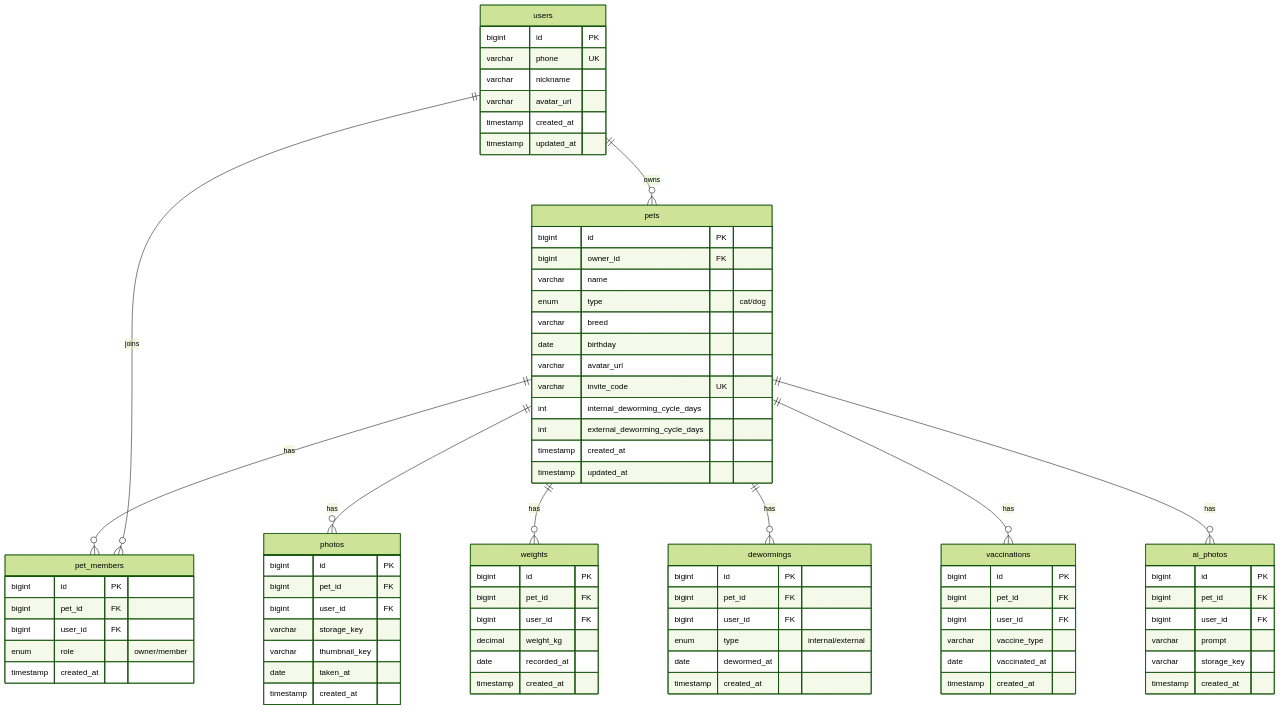
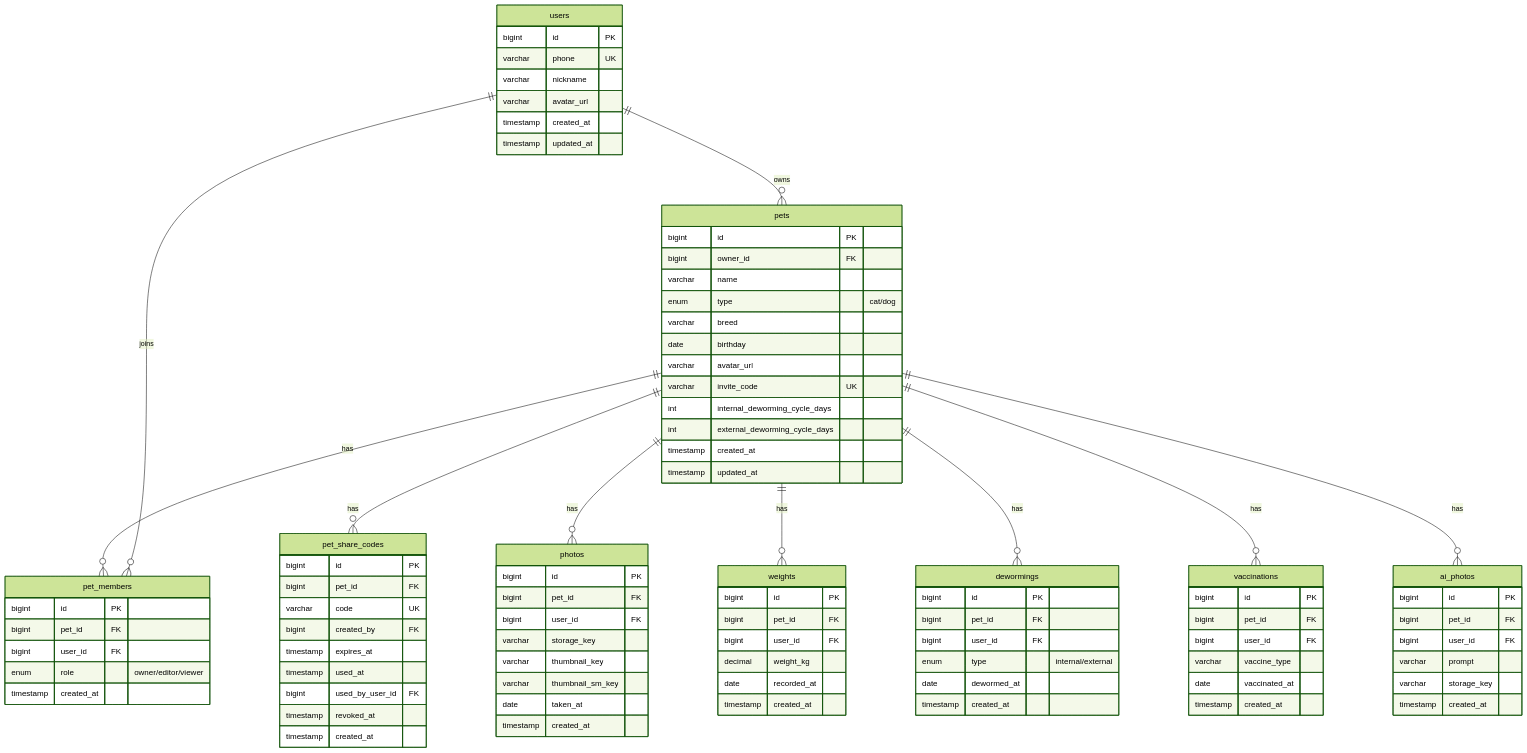
The second of 2 diagrams in docs/DangDangDiary-technical-plan.plan.md (EpisodeYu/DangDangDiary), drawn with Mermaid (forest theme) before and after one commit. The commit also changed other lines of this file and 8 other files, not shown here.

```diff
--- a/docs/DangDangDiary-technical-plan.plan.md
+++ b/docs/DangDangDiary-technical-plan.plan.md
@@ -123,7 +123,19 @@
         bigint id PK
         bigint pet_id FK
         bigint user_id FK
-        enum role "owner/member"
+        enum role "owner/editor/viewer"
+        timestamp created_at
+    }
+
+    pet_share_codes {
+        bigint id PK
+        bigint pet_id FK
+        varchar code UK
+        bigint created_by FK
+        timestamp expires_at
+        timestamp used_at
+        bigint used_by_user_id FK
+        timestamp revoked_at
         timestamp created_at
     }
 
@@ -133,6 +145,7 @@
         bigint user_id FK
         varchar storage_key
         varchar thumbnail_key
+        varchar thumbnail_sm_key
         date taken_at
         timestamp created_at
     }
@@ -176,6 +189,7 @@
     users ||--o{ pets : "owns"
     pets ||--o{ pet_members : "has"
     users ||--o{ pet_members : "joins"
+    pets ||--o{ pet_share_codes : "has"
     pets ||--o{ photos : "has"
     pets ||--o{ weights : "has"
     pets ||--o{ dewormings : "has"
```
